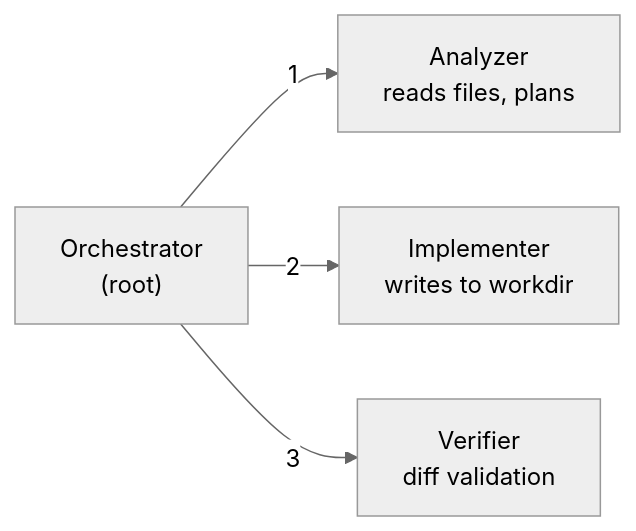
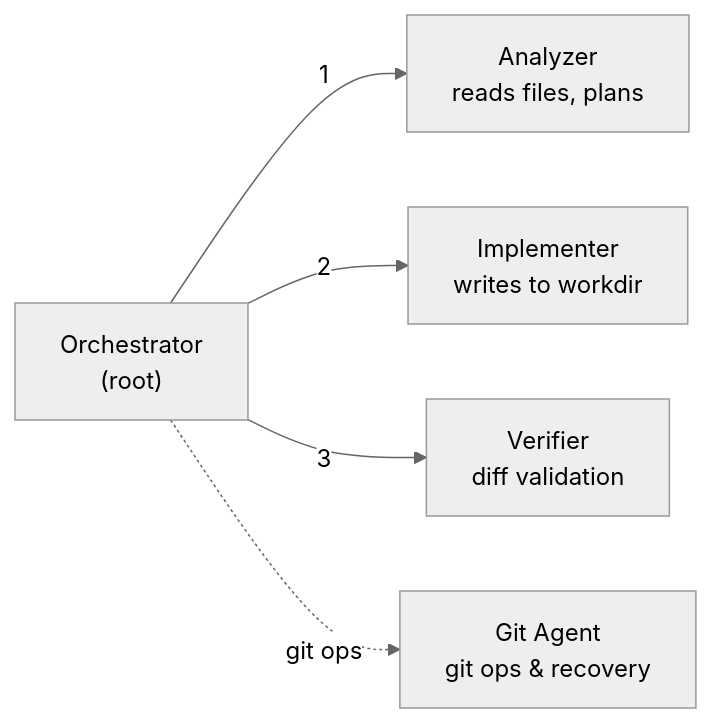
One commit to valera21web/self-evolving-site changed the third of 3 diagrams in README.md. Above: the diagram before and after it, drawn with Mermaid (neutral theme). The commit also changed other lines of this file and 6 other files, not shown here.

````diff
--- a/README.md
+++ b/README.md
@@ -133,11 +133,13 @@
 ```mermaid
 graph LR
     O["Orchestrator<br/>(root)"]
     A["Analyzer<br/>reads files, plans"]
     I["Implementer<br/>writes to workdir"]
     V["Verifier<br/>diff validation"]
+    G["Git Agent<br/>git ops & recovery"]
 
     O -->|"1"| A
     O -->|"2"| I
     O -->|"3"| V
+    O -.->|"git ops"| G
 ```
````
